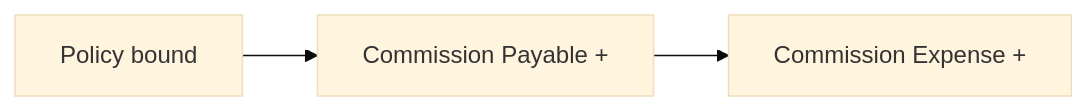
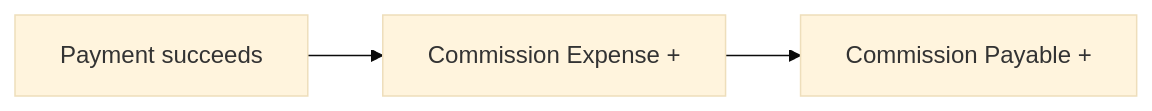
One commit to staniborII/corgi_policy_administration_t1 changed the third of 3 diagrams in docs/MONEY_FLOWS.md. Above: the diagram before and after it, drawn with Mermaid (base theme). The commit also changed other lines of this file and 33 other files, not shown here.

````diff
--- a/docs/MONEY_FLOWS.md
+++ b/docs/MONEY_FLOWS.md
@@ -74,5 +79,5 @@
 ```mermaid
 flowchart LR
-    A[Policy bound] --> B[Commission Payable +]
-    B --> C[Commission Expense +]
+    A[Payment succeeds] --> B[Commission Expense +]
+    B --> C[Commission Payable +]
 ```
````
